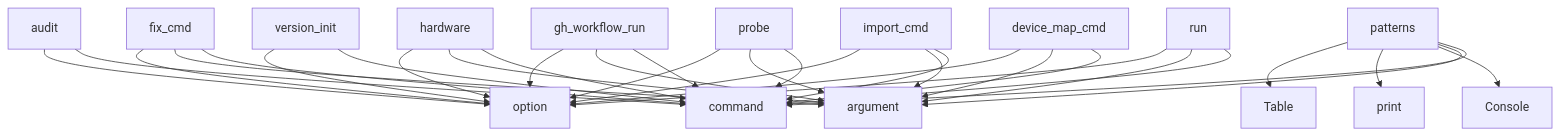
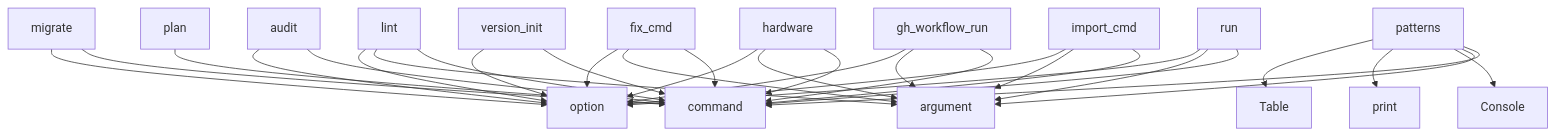
One commit to semcod/redeploy changed the diagram in project/context.md. Above: the diagram before and after it, drawn with Mermaid. The commit also changed other lines of this file and 49 other files, not shown here.

````diff
--- a/project/context.md
+++ b/project/context.md
@@ -686,33 +674,33 @@
 ```mermaid
 graph TD
     run --> command
     run --> argument
     run --> option
-    device_map_cmd --> command
-    device_map_cmd --> argument
-    device_map_cmd --> option
     import_cmd --> command
     import_cmd --> argument
     import_cmd --> option
     version_init --> command
     version_init --> option
     audit --> command
     audit --> option
-    probe --> command
-    probe --> argument
-    probe --> option
     patterns --> command
     patterns --> argument
     patterns --> Console
     patterns --> print
     patterns --> Table
     gh_workflow_run --> command
     gh_workflow_run --> argument
     gh_workflow_run --> option
     hardware --> command
     hardware --> argument
     hardware --> option
     fix_cmd --> command
     fix_cmd --> argument
     fix_cmd --> option
+    lint --> command
+    lint --> argument
+    lint --> option
+    migrate --> command
+    migrate --> option
+    plan --> command
 ```
````
